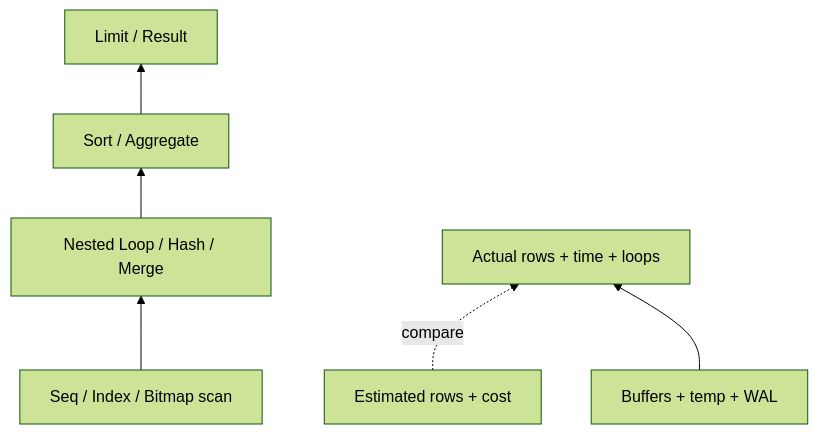
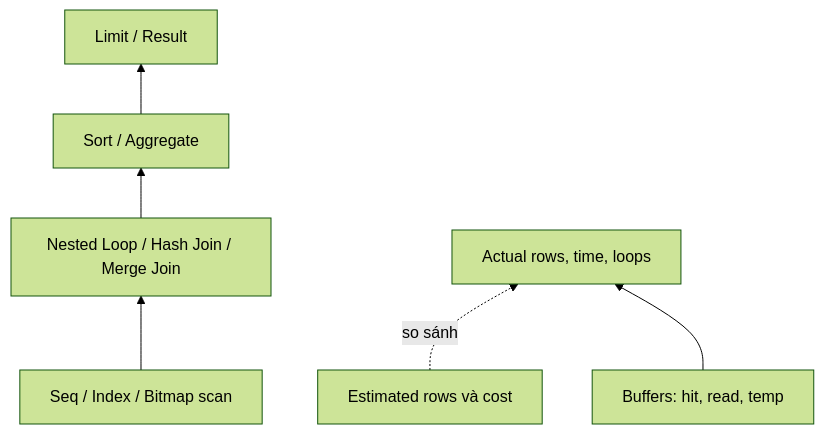
Before and after one commit to HuyNguyen-FinX/Try_Hard: the diagram in python/knowledges/04-database-postgresql/explain-analyze.md, drawn with Mermaid (forest theme). The commit also changed other lines of this file and 139 other files, not shown here.

````diff
--- a/python/knowledges/04-database-postgresql/explain-analyze.md
+++ b/python/knowledges/04-database-postgresql/explain-analyze.md
@@ -148,8 +18,8 @@
 ```mermaid
 flowchart BT
-    Scan["Seq / Index / Bitmap scan"] --> Join["Nested Loop / Hash / Merge"]
+    Scan["Seq / Index / Bitmap scan"] --> Join["Nested Loop / Hash Join / Merge Join"]
     Join --> Sort["Sort / Aggregate"]
     Sort --> Limit["Limit / Result"]
-    Estimate["Estimated rows + cost"] -.compare.-> Actual["Actual rows + time + loops"]
-    Buffers["Buffers + temp + WAL"] --> Actual
+    Estimate["Estimated rows và cost"] -.->|"so sánh"| Actual["Actual rows, time, loops"]
+    Buffers["Buffers: hit, read, temp"] --> Actual
 ```
````
